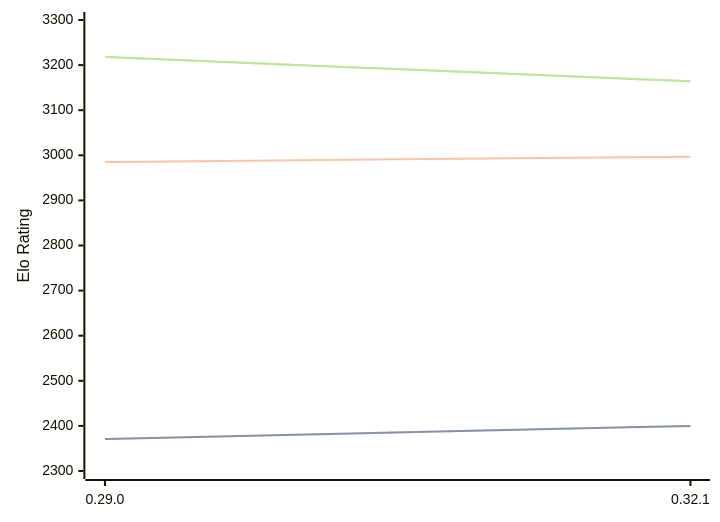
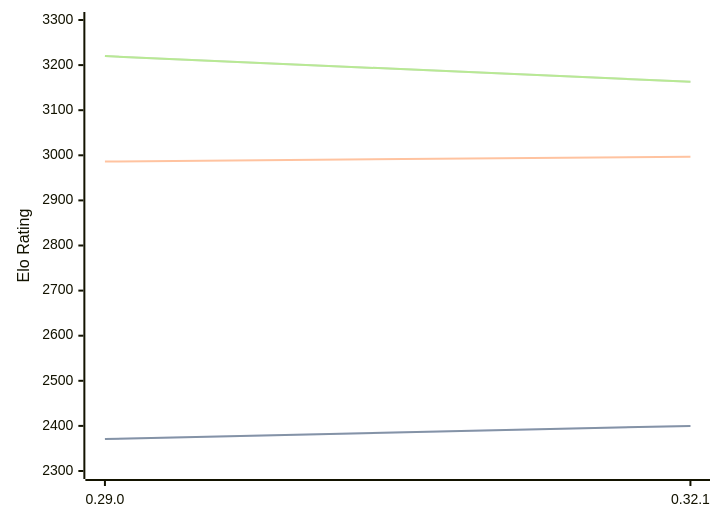
The first of 3 diagrams in engines/Lc0.md (computer-chess-index/cci), drawn with Mermaid before and after one commit. The commit also changed other lines of this file, not shown here.

Commit message:
Update CCI Ratings (ELO VLTC) - 2026-07-13

````diff
--- a/engines/Lc0.md
+++ b/engines/Lc0.md
@@ -68,11 +68,11 @@
 ```mermaid
 %%{init: {"theme":"base","themeVariables":{"seriesColors:['#a3a3a3','#222221','#faa371']}}}%%
 xychart-beta
   x-axis ["0.29.0", "0.32.1"]
   y-axis "Elo Rating" 2300 --> 3300
   line "STC (8.0+0.08s)" [2371, 2400]
   line "STC (8.0+0.08s)" [2371, 2400]
-  line "LTC (60.0+0.60s)" [2985, 2997]
-  line "VLTC (2m24s+1.12s)" [3218, 3164]
-  line "VLTC (2m24s+1.12s)" [3218, 3164]
+  line "LTC (60.0+0.60s)" [2986, 2997]
+  line "VLTC (2m24s+1.12s)" [3220, 3163]
+  line "VLTC (2m24s+1.12s)" [3220, 3163]
 ```
````
